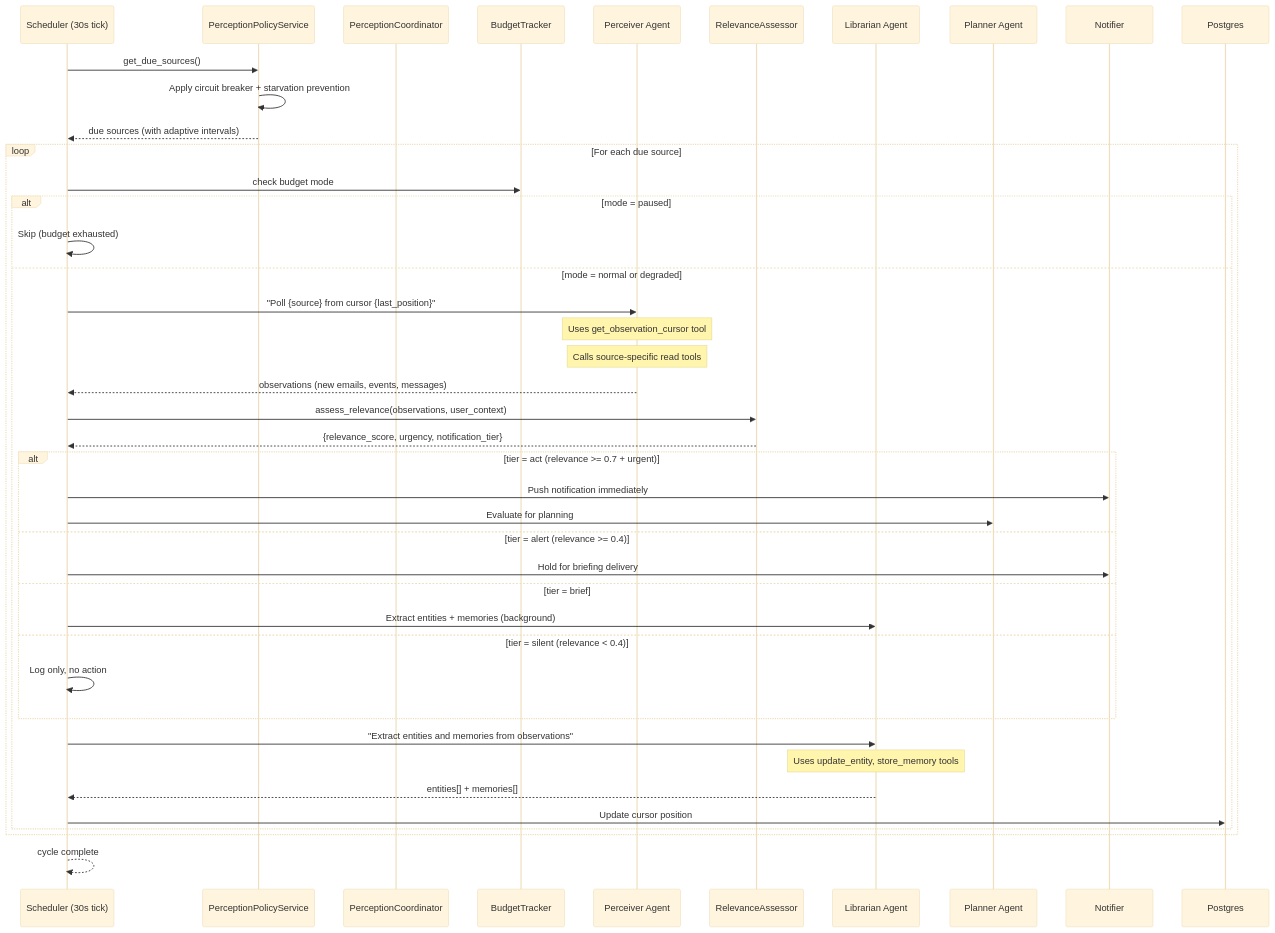
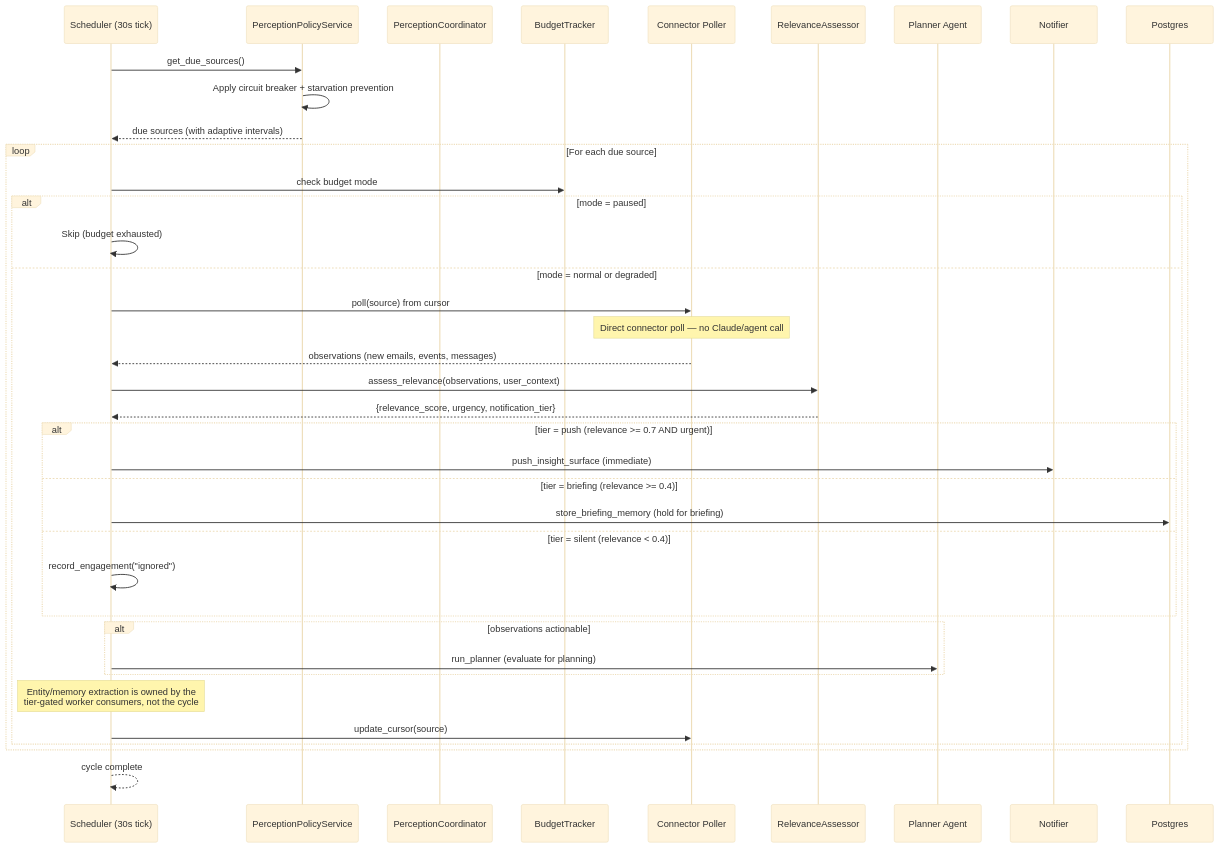
One commit to shivadharmi/muldro changed the first of 2 diagrams in docs/architecture/perception.md. Above: the diagram before and after it, drawn with Mermaid (base theme). The commit also changed other lines of this file and 14 other files, not shown here.

First line of the commit message:
docs: sync durable architecture docs with post-rebuild code

````diff
--- a/docs/architecture/perception.md
+++ b/docs/architecture/perception.md
@@ -7,51 +7,47 @@
 ```mermaid
 sequenceDiagram
     participant SCH as Scheduler (30s tick)
     participant PPS as PerceptionPolicyService
     participant PC as PerceptionCoordinator
     participant BT as BudgetTracker
-    participant PER as Perceiver Agent
+    participant POL as Connector Poller
     participant RA as RelevanceAssessor
-    participant LIB as Librarian Agent
     participant PL as Planner Agent
     participant NT as Notifier
     participant DB as Postgres
 
     SCH->>PPS: get_due_sources()
     PPS->>PPS: Apply circuit breaker + starvation prevention
     PPS-->>SCH: due sources (with adaptive intervals)
 
     loop For each due source
         SCH->>BT: check budget mode
         alt mode = paused
             SCH->>SCH: Skip (budget exhausted)
         else mode = normal or degraded
-            SCH->>PER: "Poll {source} from cursor {last_position}"
-            Note over PER: Uses get_observation_cursor tool
-            Note over PER: Calls source-specific read tools
-            PER-->>SCH: observations (new emails, events, messages)
+            SCH->>POL: poll(source) from cursor
+            Note over POL: Direct connector poll — no Claude/agent call
+            POL-->>SCH: observations (new emails, events, messages)
 
             SCH->>RA: assess_relevance(observations, user_context)
             RA-->>SCH: {relevance_score, urgency, notification_tier}
 
-            alt tier = act (relevance >= 0.7 + urgent)
-                SCH->>NT: Push notification immediately
-                SCH->>PL: Evaluate for planning
-            else tier = alert (relevance >= 0.4)
-                SCH->>NT: Hold for briefing delivery
-            else tier = brief
-                SCH->>LIB: Extract entities + memories (background)
+            alt tier = push (relevance >= 0.7 AND urgent)
+                SCH->>NT: push_insight_surface (immediate)
+            else tier = briefing (relevance >= 0.4)
+                SCH->>DB: store_briefing_memory (hold for briefing)
             else tier = silent (relevance < 0.4)
-                SCH->>SCH: Log only, no action
+                SCH->>SCH: record_engagement("ignored")
             end
 
-            SCH->>LIB: "Extract entities and memories from observations"
-            Note over LIB: Uses update_entity, store_memory tools
-            LIB-->>SCH: entities[] + memories[]
+            alt observations actionable
+                SCH->>PL: run_planner (evaluate for planning)
+            end
 
-            SCH->>DB: Update cursor position
+            Note over SCH: Entity/memory extraction is owned by the<br/>tier-gated worker consumers, not the cycle
+            SCH->>POL: update_cursor(source)
         end
     end
 
     SCH-->>SCH: cycle complete
 ```
````
